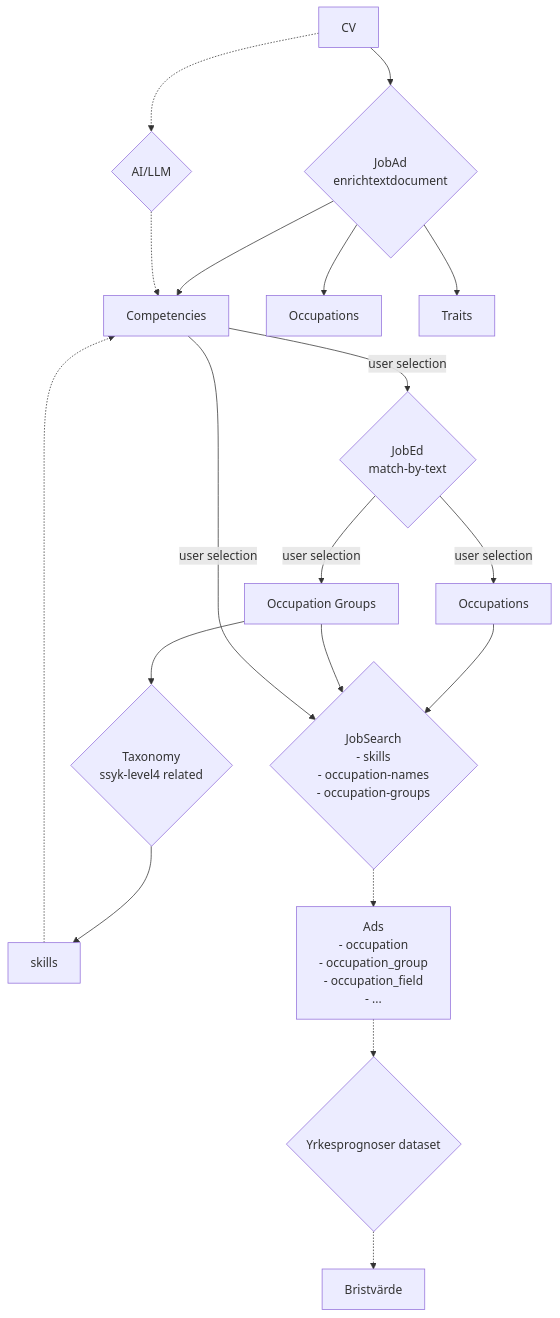
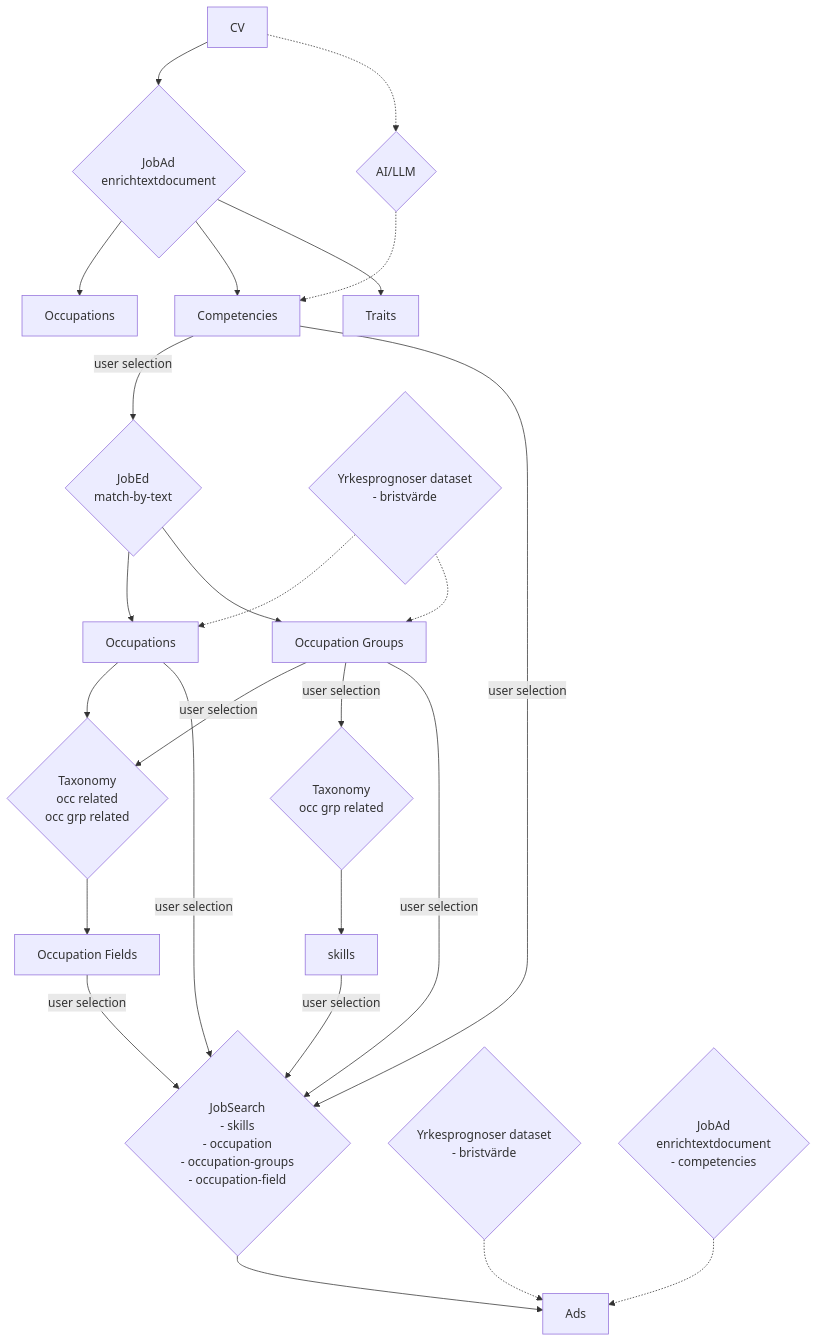
The diagram in README.md (LearningArena/yrkesvagledning), drawn with Mermaid before and after one commit.

Commit message:
mermaid diagram update

````diff
--- a/README.md
+++ b/README.md
@@ -16,23 +16,29 @@
 ```mermaid
 
 flowchart TD
     B[CV] --> C{JobAd<br>enrichtextdocument}
+    C --> E[Occupations]
     C --> D[Competencies]
-    C --> E[Occupations]
     C --> F[Traits]
     B[CV] -.-> N{AI/LLM}
     N -.-> D[Competencies]
     D -->|user selection| G{JobEd<br>match-by-text}
-    G -->|user selection| H[Occupations]
-    G -->|user selection| I[Occupation Groups]
-    I --> J{Taxonomy<br>ssyk-level4 related}
+    G --> H[Occupations]
+    G --> I[Occupation Groups]
+    H --> R{Taxonomy<br>occ related<br>occ grp related}
+    I -->|user selection| R
+    R --> S[Occupation Fields]
+    Q{Yrkesprognoser dataset<br>- bristvärde} -.-> H
+    Q{Yrkesprognoser dataset<br>- bristvärde} -.-> I
+    I -->|user selection| J{Taxonomy<br>occ grp related}
     J --> K[skills]
-    K -.-> D
-    H --> L{JobSearch<br>- skills<br>- occupation-names<br>- occupation-groups<br>}
-    I --> L
+    H -->|user selection| L{JobSearch<br>- skills<br>- occupation<br>- occupation-groups<br>- occupation-field}
     D -->|user selection| L
-    L -.-> M[Ads<br>- occupation<br>- occupation_group<br>- occupation_field<br>- ...]
-    M -.-> O{Yrkesprognoser dataset}
-    O -.-> P[Bristvärde]
+    I -->|user selection| L
+    K -->|user selection| L
+    S -->|user selection| L
+    L --> M[Ads<br>]
+    O{Yrkesprognoser dataset<br>- bristvärde} -.-> M
+    T{JobAd<br>enrichtextdocument<br>- competencies} -.-> M
 
 ```
````
